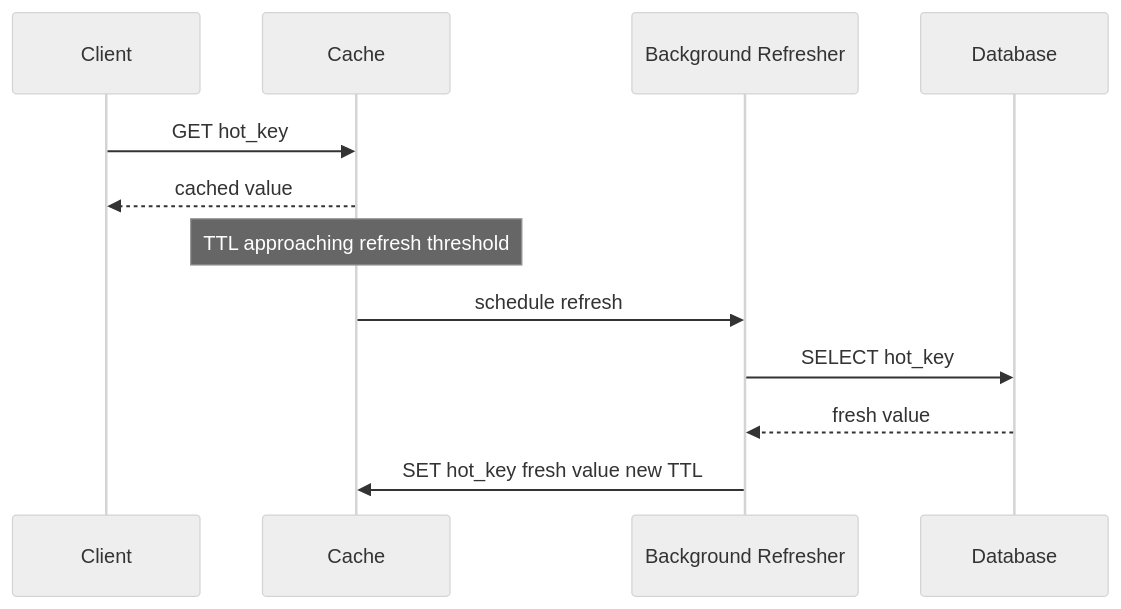
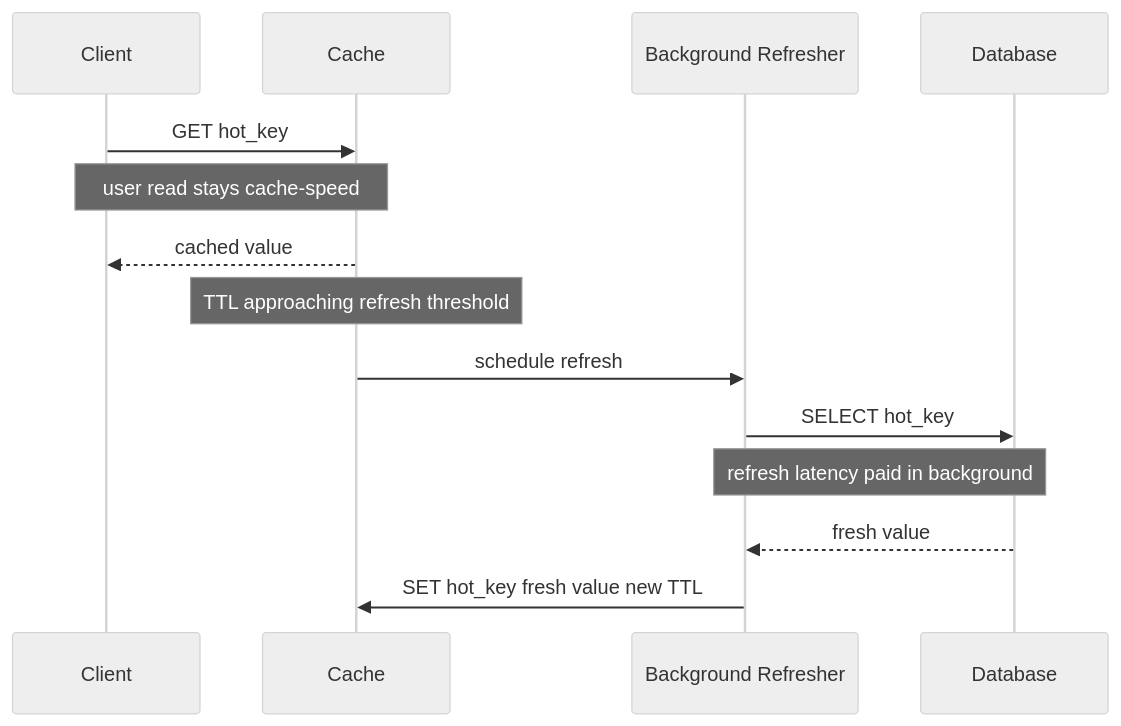
Before and after one commit to MachariaP/system-design-academy: the fourth of 12 diagrams in modules/03-caching-memory.md, drawn with Mermaid (neutral theme). The commit also changed other lines of this file, not shown here.

````diff
--- a/modules/03-caching-memory.md
+++ b/modules/03-caching-memory.md
@@ -93,15 +101,17 @@
 ```mermaid
 sequenceDiagram
     participant Client as Client
     participant Cache as Cache
     participant Refresher as Background Refresher
     participant DB as Database
 
     Client->>Cache: GET hot_key
+    Note over Client,Cache: user read stays cache-speed
     Cache-->>Client: cached value
     Note over Cache: TTL approaching refresh threshold
     Cache->>Refresher: schedule refresh
     Refresher->>DB: SELECT hot_key
+    Note over Refresher,DB: refresh latency paid in background
     DB-->>Refresher: fresh value
     Refresher->>Cache: SET hot_key fresh value new TTL
 ```
````
